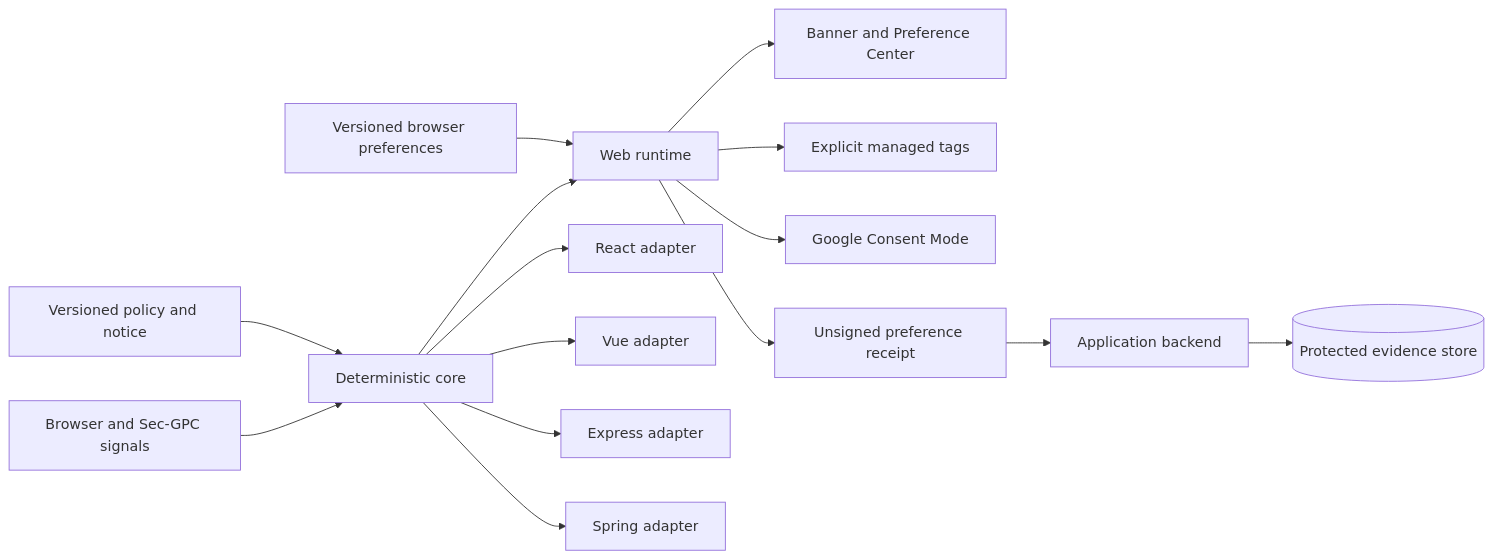
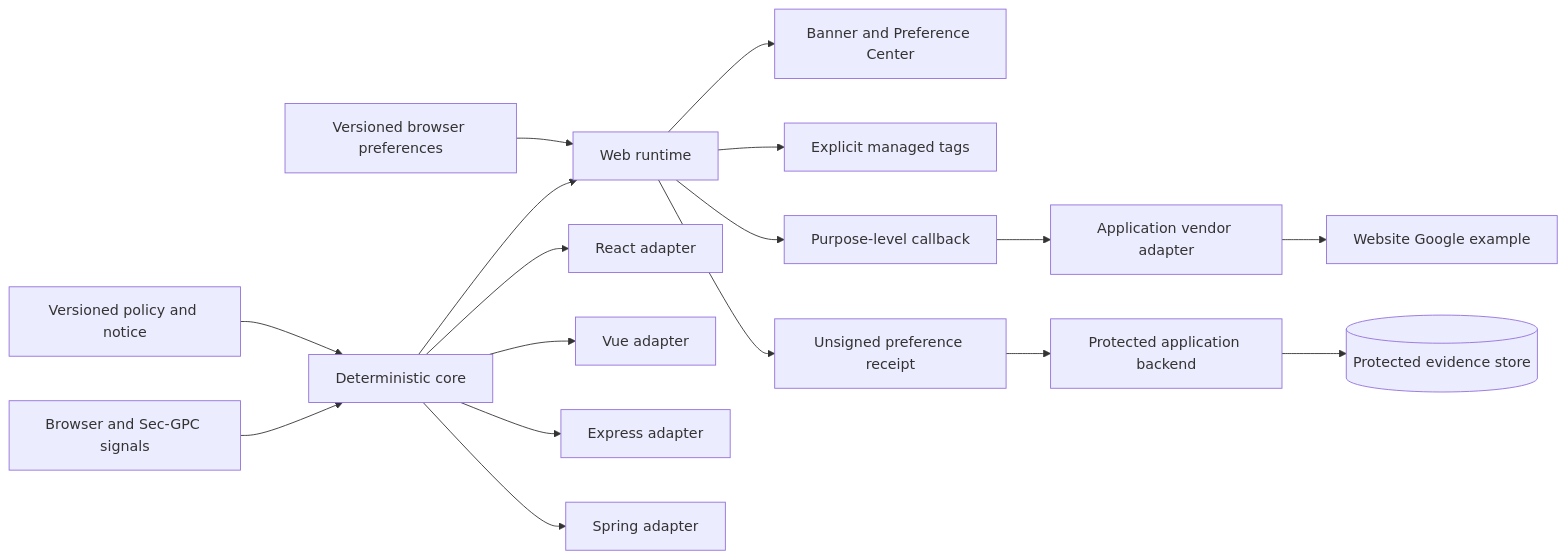
The first of 2 diagrams in docs/ARCHITECTURE.md (noir-hedgehog/openConsent), drawn with Mermaid before and after one commit. The commit also changed other lines of this file and 64 other files, not shown here.

````diff
--- a/docs/ARCHITECTURE.md
+++ b/docs/ARCHITECTURE.md
@@ -7,17 +7,19 @@
 ```mermaid
 flowchart LR
   Policy[Versioned policy and notice] --> Core[Deterministic core]
   Stored[Versioned browser preferences] --> Web[Web runtime]
   GPC[Browser and Sec-GPC signals] --> Core
   Core --> Web
   Web --> UI[Banner and Preference Center]
   Web --> Tags[Explicit managed tags]
-  Web --> Google[Google Consent Mode]
+  Web --> Callback[Purpose-level callback]
+  Callback --> SiteAdapter[Application vendor adapter]
+  SiteAdapter --> Google[Website Google example]
   Web --> Receipt[Unsigned preference receipt]
-  Receipt --> AppAPI[Application backend]
+  Receipt --> AppAPI[Protected application backend]
   AppAPI --> Store[(Protected evidence store)]
   Core --> React[React adapter]
   Core --> Vue[Vue adapter]
   Core --> Express[Express adapter]
   Core --> Spring[Spring adapter]
 ```
````
